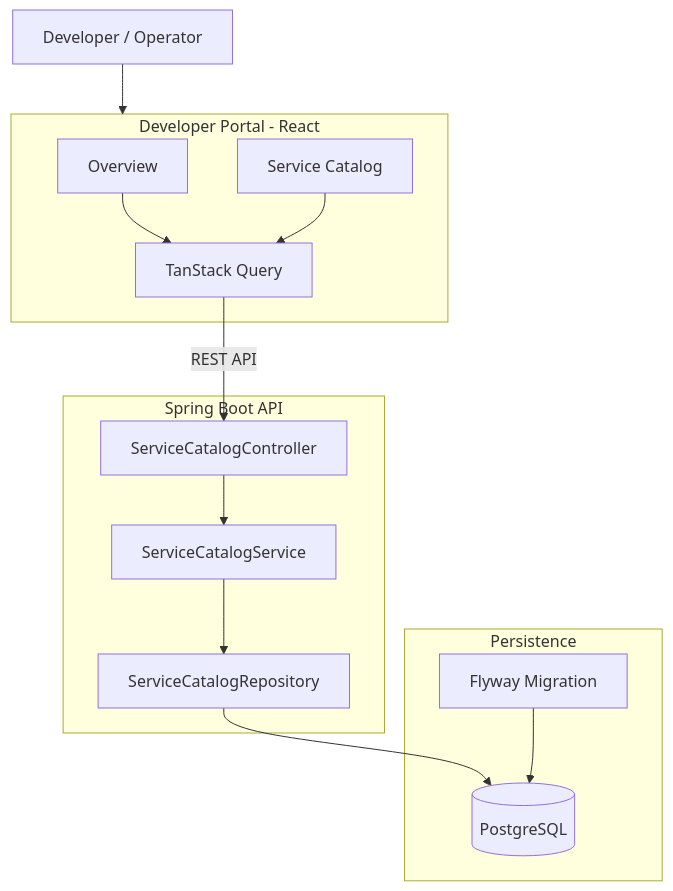
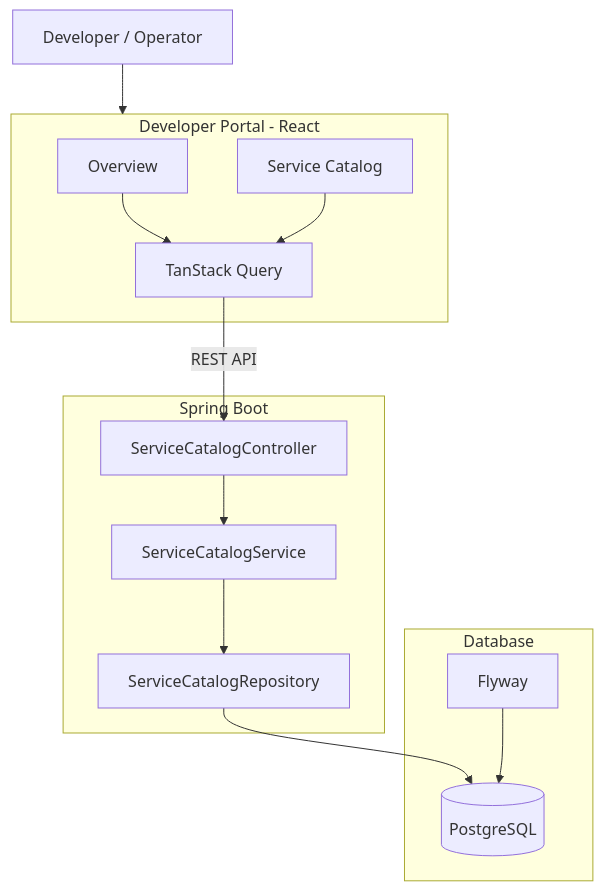
The first of 2 diagrams in docs/platform/01-developer-portal-and-service-catalog.md (yjhss/kokoabank), drawn with Mermaid before and after one commit. The commit also changed other lines of this file, not shown here.

````diff
--- a/docs/platform/01-developer-portal-and-service-catalog.md
+++ b/docs/platform/01-developer-portal-and-service-catalog.md
@@ -40,30 +43,30 @@
 ```mermaid
 flowchart TB
     User["Developer / Operator"]
 
     subgraph Frontend["Developer Portal - React"]
         Overview["Overview"]
         CatalogUI["Service Catalog"]
         Query["TanStack Query"]
     end
 
-    subgraph Backend["Spring Boot API"]
+    subgraph Backend["Spring Boot"]
         Controller["ServiceCatalogController"]
         Service["ServiceCatalogService"]
         Repository["ServiceCatalogRepository"]
     end
 
-    subgraph Persistence["Persistence"]
-        DB[("PostgreSQL")]
-        Flyway["Flyway Migration"]
+    subgraph Database["Database"]
+        PostgreSQL[("PostgreSQL")]
+        Flyway["Flyway"]
     end
 
     User --> Frontend
     Overview --> Query
     CatalogUI --> Query
     Query -->|"REST API"| Controller
     Controller --> Service
     Service --> Repository
-    Repository --> DB
-    Flyway --> DB
+    Repository --> PostgreSQL
+    Flyway --> PostgreSQL
 ```
````
